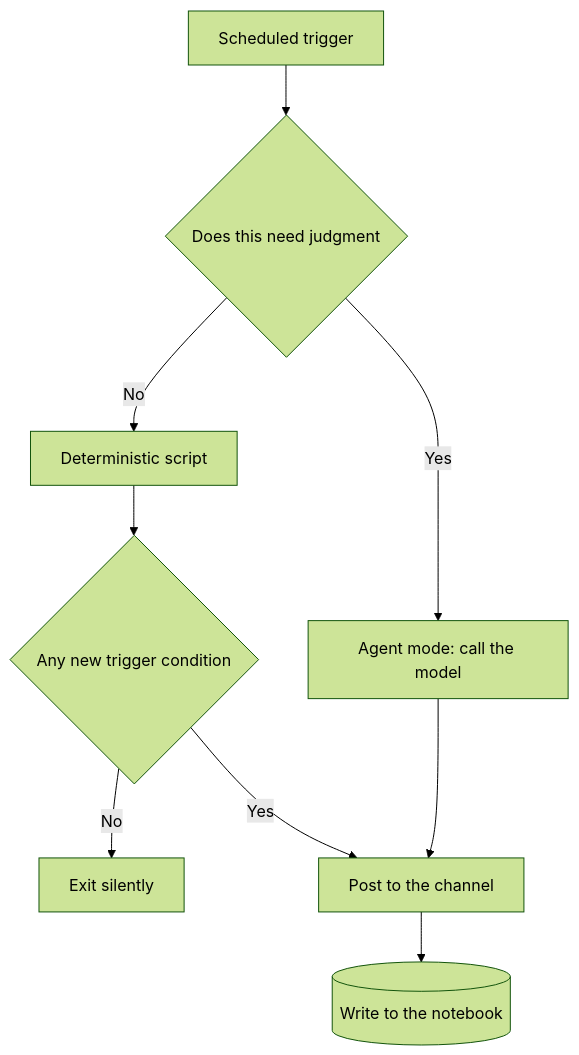
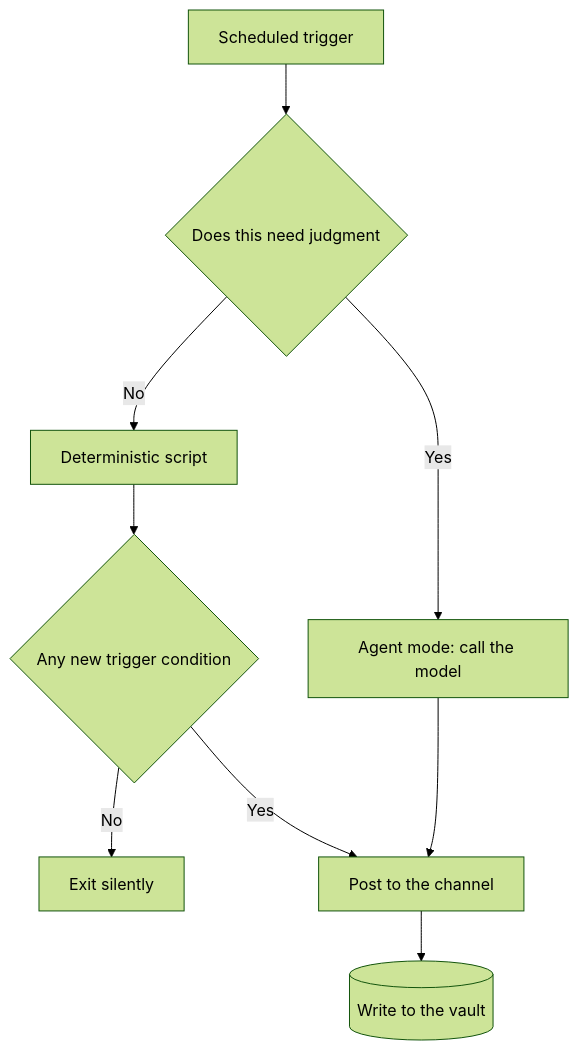
Before and after one commit to HaoweiChan/HaoweiChan.github.io: the second of 2 diagrams in src/content/blog/resident-personal-assistant.md, drawn with Mermaid (forest theme). The commit also changed other lines of this file and 1 other file, not shown here.

First line of the commit message:
content: name Discord and Obsidian in the assistant post

````diff
--- a/src/content/blog/resident-personal-assistant.md
+++ b/src/content/blog/resident-personal-assistant.md
@@ -114,11 +114,11 @@
 ```mermaid
 flowchart TD
     T[Scheduled trigger] --> Q{Does this need judgment}
     Q -- No --> S[Deterministic script]
     Q -- Yes --> A[Agent mode: call the model]
     S --> C{Any new trigger condition}
     C -- No --> Silent[Exit silently]
     C -- Yes --> Post[Post to the channel]
     A --> Post
-    Post --> V[(Write to the notebook)]
+    Post --> V[(Write to the vault)]
 ```
````
